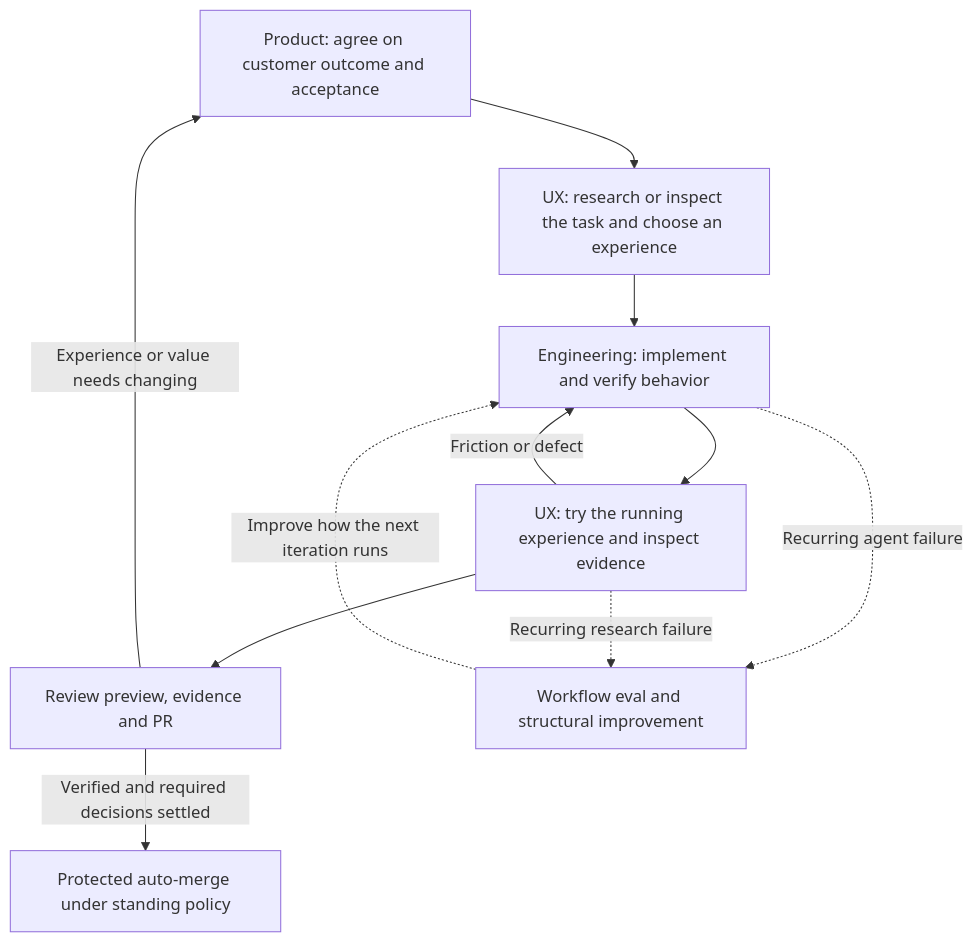
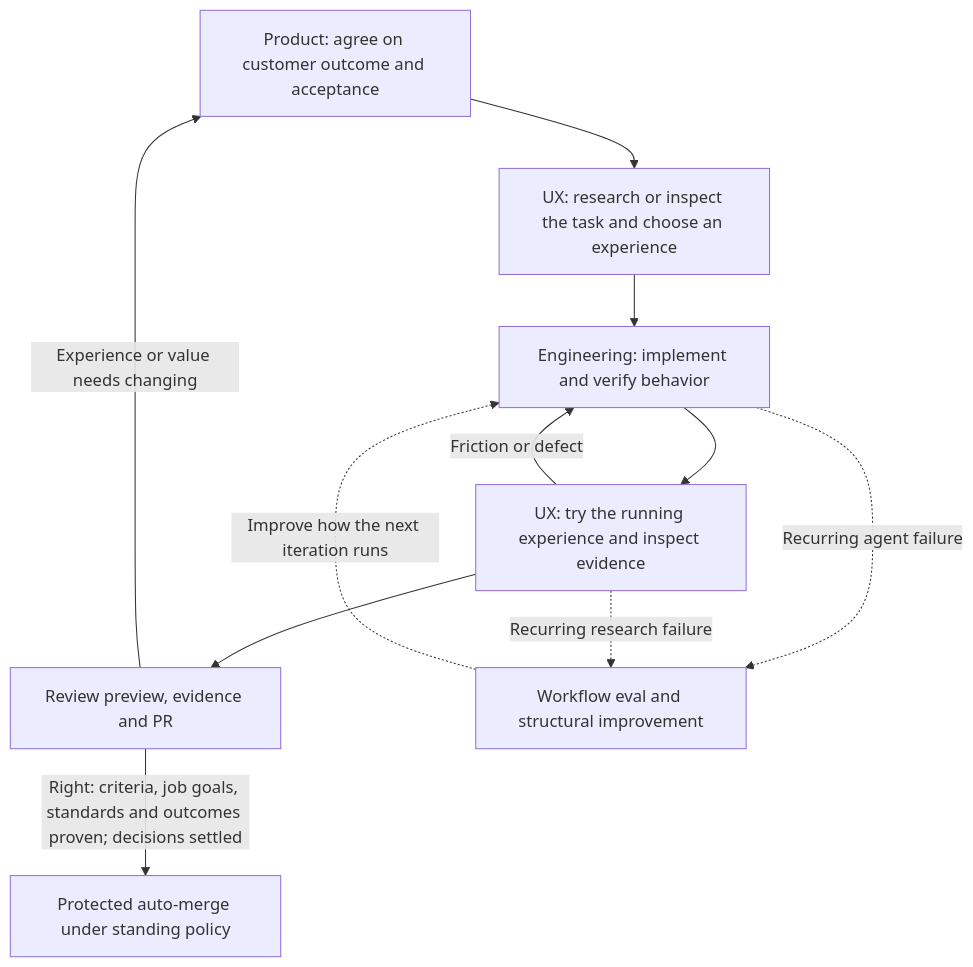
Before and after one commit to jordymarshall/jfactory: the diagram in skills/jfactory/references/methodology.md, drawn with Mermaid. The commit also changed other lines of this file and 16 other files, not shown here.

````diff
--- a/skills/jfactory/references/methodology.md
+++ b/skills/jfactory/references/methodology.md
@@ -5,13 +7,13 @@
 ```mermaid
 flowchart TD
     P[Product: agree on customer outcome and acceptance] --> U[UX: research or inspect the task and choose an experience]
     U --> E[Engineering: implement and verify behavior]
     E --> V[UX: try the running experience and inspect evidence]
     V -->|Friction or defect| E
     V --> R[Review preview, evidence and PR]
     R -->|Experience or value needs changing| P
-    R -->|Verified and required decisions settled| A[Protected auto-merge under standing policy]
+    R -->|Right: criteria, job goals, standards and outcomes proven; decisions settled| A[Protected auto-merge under standing policy]
     E -. Recurring agent failure .-> W[Workflow eval and structural improvement]
     V -. Recurring research failure .-> W
     W -. Improve how the next iteration runs .-> E
 ```
````
